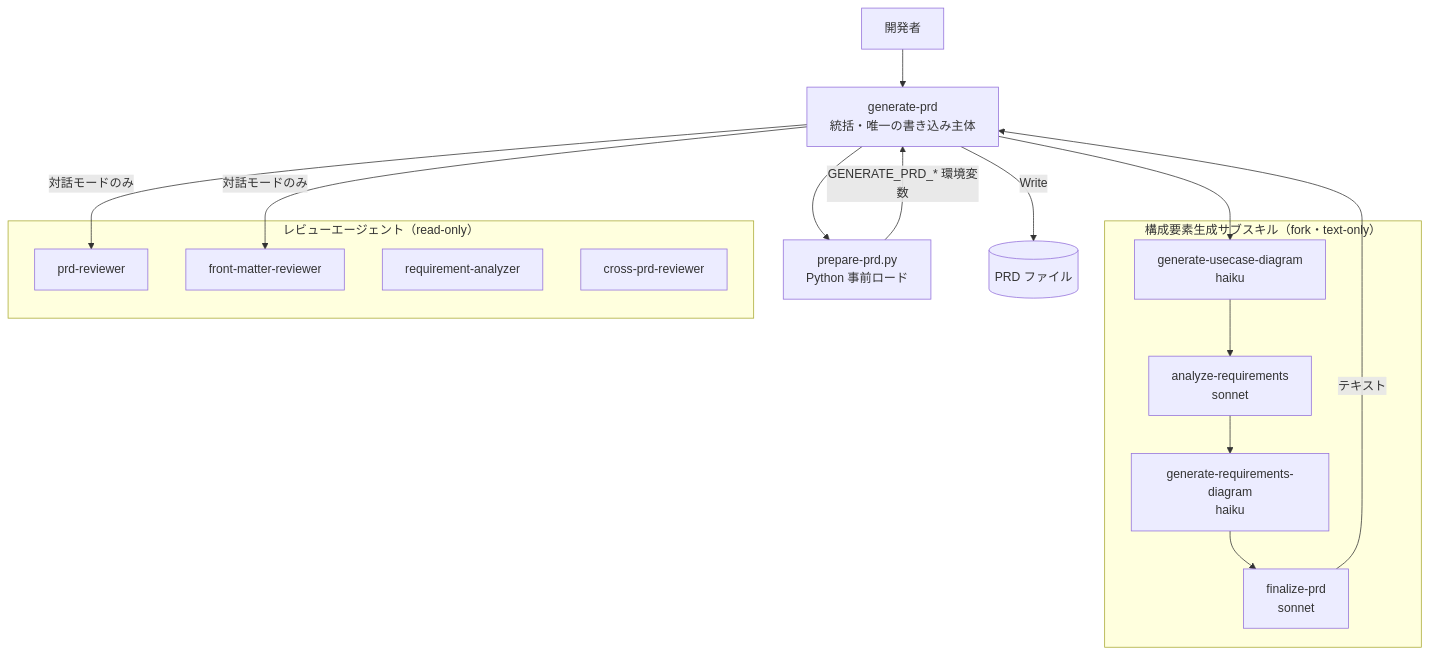
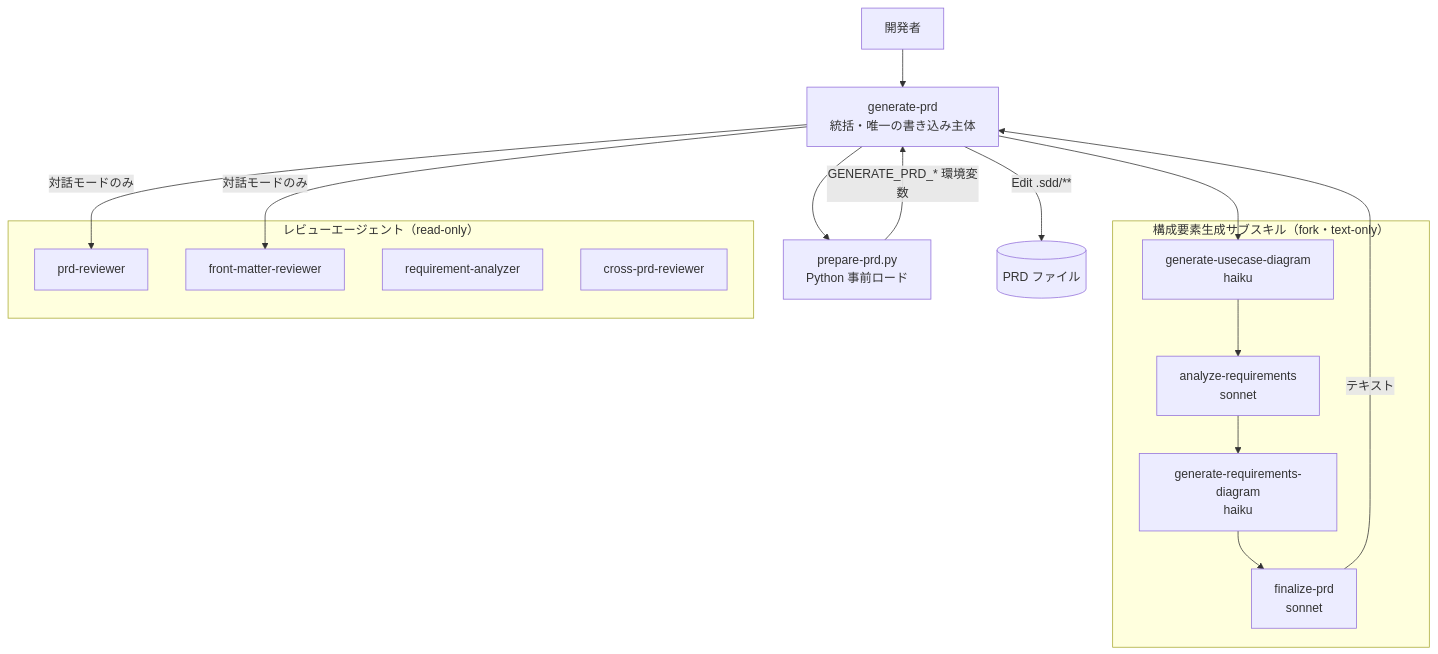
One commit to ToshikiImagawa/ai-sdd-workflow-dev changed the diagram in .sdd/specification/prd-generation_design.md. Above: the diagram before and after it, drawn with Mermaid. The commit also changed other lines of this file and 113 other files, not shown here.

````diff
--- a/.sdd/specification/prd-generation_design.md
+++ b/.sdd/specification/prd-generation_design.md
@@ -82,23 +82,23 @@
 ```mermaid
 graph TD
     User[開発者] --> Orch[generate-prd<br/>統括・唯一の書き込み主体]
     Orch --> Prep[prepare-prd.py<br/>Python 事前ロード]
     Prep -->|GENERATE_PRD_* 環境変数| Orch
     subgraph Sub["構成要素生成サブスキル（fork・text-only）"]
         UC[generate-usecase-diagram<br/>haiku]
         AR[analyze-requirements<br/>sonnet]
         RD[generate-requirements-diagram<br/>haiku]
         FP[finalize-prd<br/>sonnet]
     end
     Orch --> UC --> AR --> RD --> FP
     FP -->|テキスト| Orch
-    Orch -->|Write| PRD[(PRD ファイル)]
+    Orch -->|Edit .sdd/**| PRD[(PRD ファイル)]
     subgraph Rev["レビューエージェント（read-only）"]
         PR[prd-reviewer]
         FM[front-matter-reviewer]
         RA[requirement-analyzer]
         CP[cross-prd-reviewer]
     end
     Orch -->|対話モードのみ| PR
     Orch -->|対話モードのみ| FM
 ```
````
